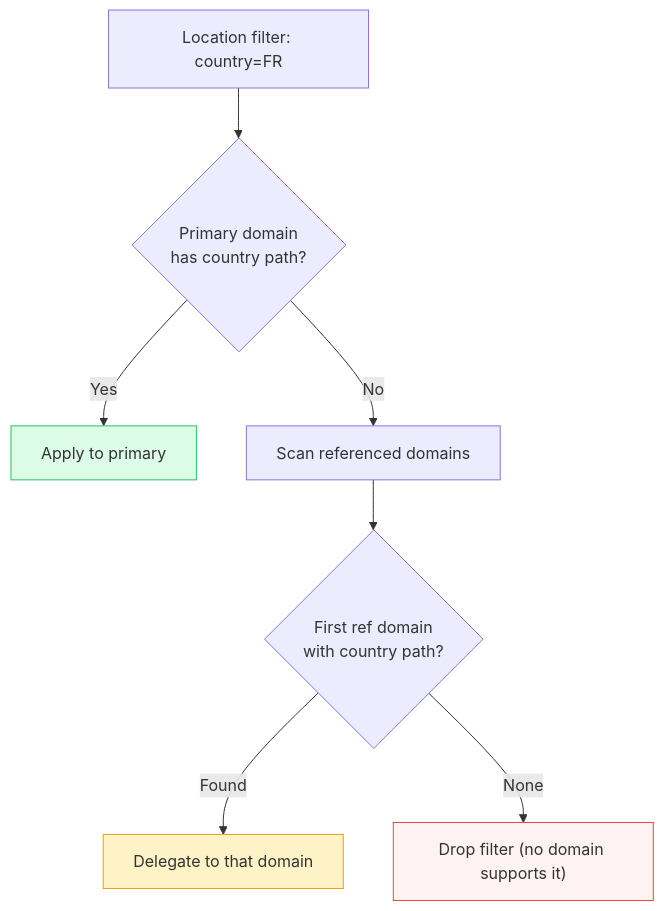
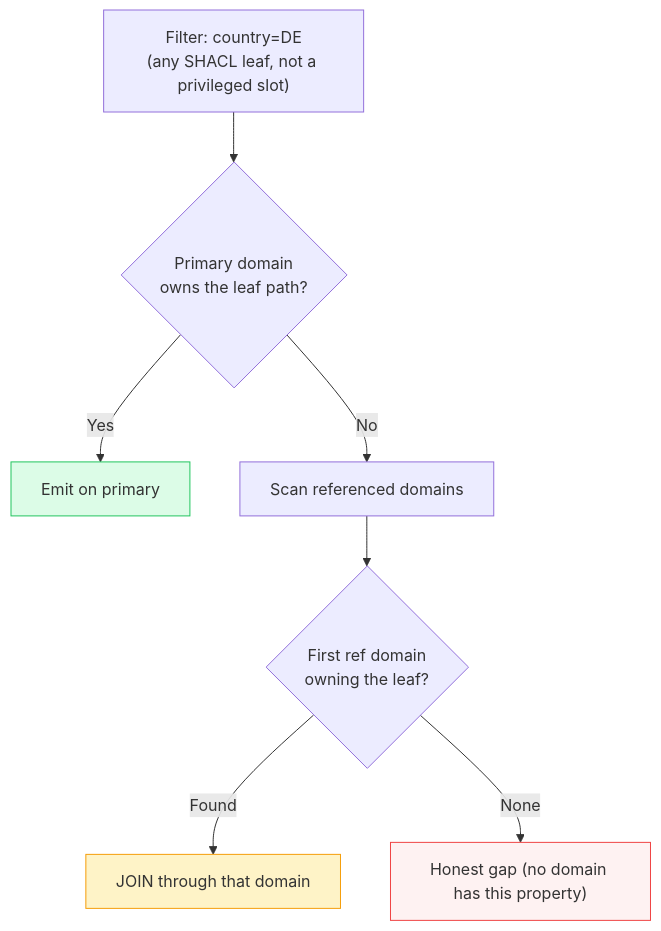
The third of 5 diagrams in apps/docs/generic-design.md (ASCS-eV/ontology-based-nl-search), drawn with Mermaid before and after one commit. The commit also changed other lines of this file and 7 other files, not shown here.

````diff
--- a/apps/docs/generic-design.md
+++ b/apps/docs/generic-design.md
@@ -85,15 +85,15 @@
 ```mermaid
 flowchart TD
-    LOC["Location filter: country=FR"]
-    PRIMARY{"Primary domain<br/>has country path?"}
-    LOC --> PRIMARY
-    PRIMARY -->|Yes| AP["Apply to primary"]
-    PRIMARY -->|No| SCAN["Scan referenced domains"]
-    SCAN --> FIRST{"First ref domain<br/>with country path?"}
-    FIRST -->|Found| DELEGATE["Delegate to that domain"]
-    FIRST -->|None| DROP["Drop filter (no domain supports it)"]
+    F["Filter: country=DE<br/>(any SHACL leaf, not a privileged slot)"]
+    OWNED{"Primary domain<br/>owns the leaf path?"}
+    F --> OWNED
+    OWNED -->|Yes| AP["Emit on primary"]
+    OWNED -->|No| SCAN["Scan referenced domains"]
+    SCAN --> FIRST{"First ref domain<br/>owning the leaf?"}
+    FIRST -->|Found| DELEGATE["JOIN through that domain"]
+    FIRST -->|None| DROP["Honest gap (no domain has this property)"]
 
     style AP fill:#dcfce7,stroke:#22c55e
     style DELEGATE fill:#fef3c7,stroke:#f59e0b
     style DROP fill:#fef2f2,stroke:#ef4444
 ```
````
